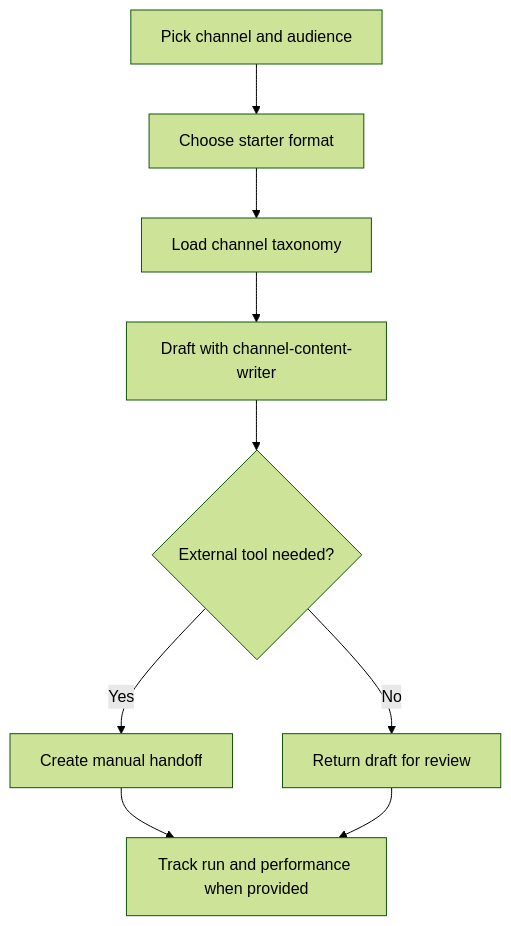
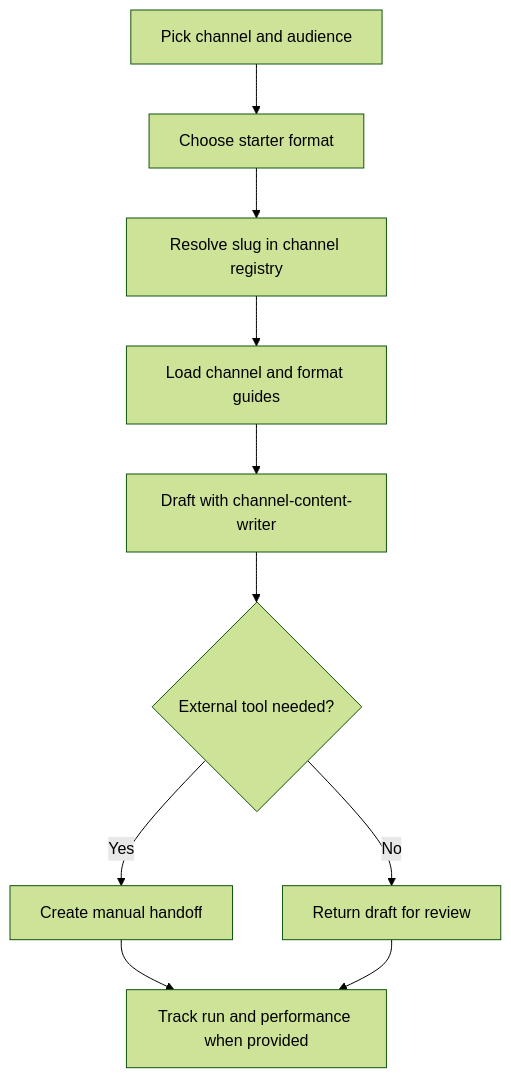
The diagram in content-programs/channel-starter-formats/README.md (onehorizonai/ink), drawn with Mermaid (forest theme) before and after one commit. The commit also changed other lines of this file and 56 other files, not shown here.

````diff
--- a/content-programs/channel-starter-formats/README.md
+++ b/content-programs/channel-starter-formats/README.md
@@ -13,11 +13,12 @@
 ```mermaid
 flowchart TD
     A["Pick channel and audience"] --> B["Choose starter format"]
-    B --> C["Load channel taxonomy"]
-    C --> D["Draft with channel-content-writer"]
-    D --> E{"External tool needed?"}
-    E -- "Yes" --> F["Create manual handoff"]
-    E -- "No" --> G["Return draft for review"]
-    F --> H["Track run and performance when provided"]
-    G --> H
+    B --> C["Resolve slug in channel registry"]
+    C --> D["Load channel and format guides"]
+    D --> E["Draft with channel-content-writer"]
+    E --> F{"External tool needed?"}
+    F -- "Yes" --> G["Create manual handoff"]
+    F -- "No" --> H["Return draft for review"]
+    G --> I["Track run and performance when provided"]
+    H --> I
 ```
````
